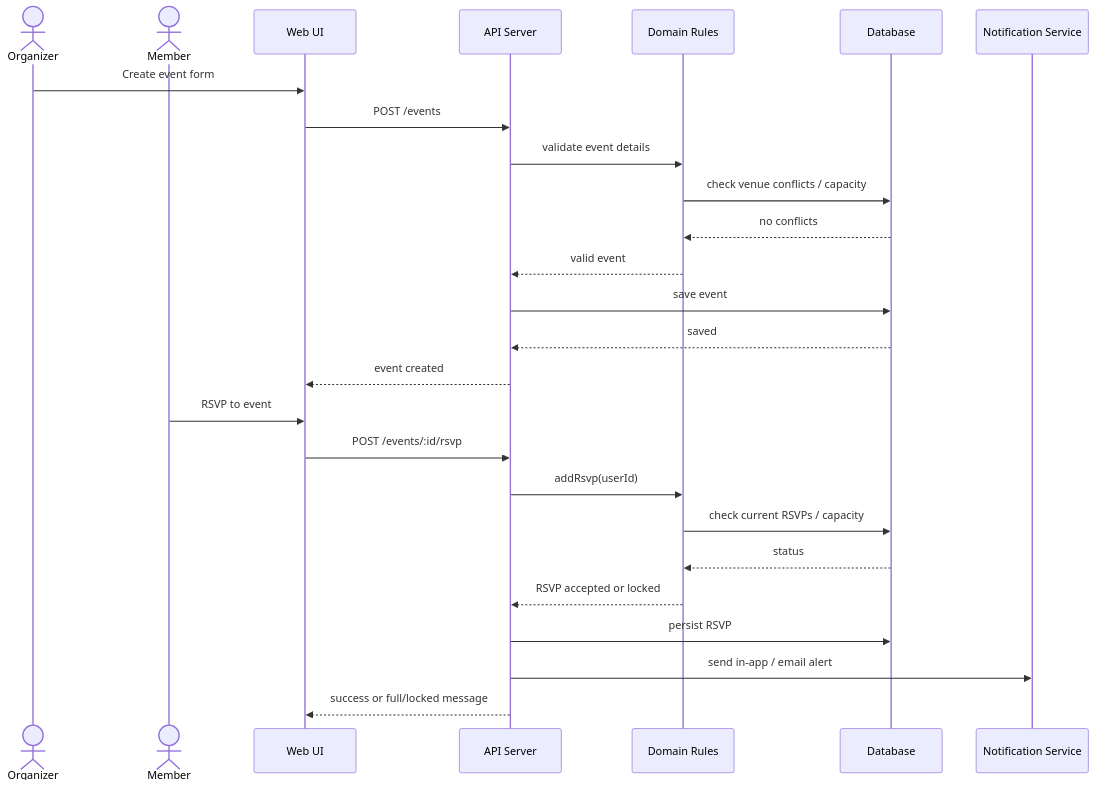
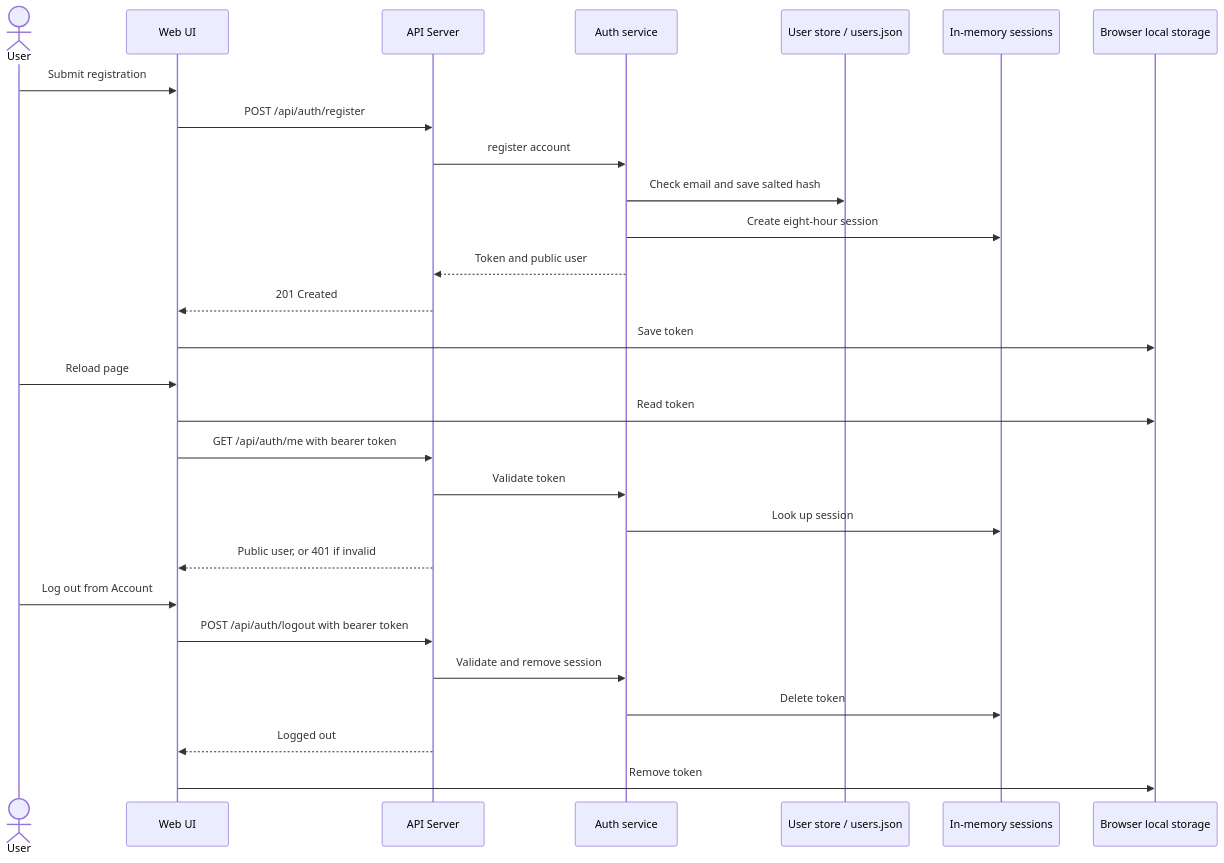
One commit to JMorency13/cen5064-project-morency changed the fourth of 5 diagrams in README.md. Above: the diagram before and after it, drawn with Mermaid. The commit also changed other lines of this file and 11 other files, not shown here.

Commit message:
Add account registration and event cancellation

````diff
--- a/README.md
+++ b/README.md
@@ -147,30 +178,31 @@
 ```mermaid
 sequenceDiagram
-    actor O as Organizer
-    actor M as Member
+    actor U as User
     participant UI as Web UI
     participant API as API Server
-    participant D as Domain Rules
-    participant DB as Database
-    participant N as Notification Service
+    participant Auth as Auth service
+    participant Users as User store / users.json
+    participant Sessions as In-memory sessions
+    participant Local as Browser local storage
 
-    O->>UI: Create event form
-    UI->>API: POST /events
-    API->>D: validate event details
-    D->>DB: check venue conflicts / capacity
-    DB-->>D: no conflicts
-    D-->>API: valid event
-    API->>DB: save event
-    DB-->>API: saved
-    API-->>UI: event created
-
-    M->>UI: RSVP to event
-    UI->>API: POST /events/:id/rsvp
-    API->>D: addRsvp(userId)
-    D->>DB: check current RSVPs / capacity
-    DB-->>D: status
-    D-->>API: RSVP accepted or locked
-    API->>DB: persist RSVP
-    API->>N: send in-app / email alert
-    API-->>UI: success or full/locked message
+    U->>UI: Submit registration
+    UI->>API: POST /api/auth/register
+    API->>Auth: register account
+    Auth->>Users: Check email and save salted hash
+    Auth->>Sessions: Create eight-hour session
+    Auth-->>API: Token and public user
+    API-->>UI: 201 Created
+    UI->>Local: Save token
+    U->>UI: Reload page
+    UI->>Local: Read token
+    UI->>API: GET /api/auth/me with bearer token
+    API->>Auth: Validate token
+    Auth->>Sessions: Look up session
+    API-->>UI: Public user, or 401 if invalid
+    U->>UI: Log out from Account
+    UI->>API: POST /api/auth/logout with bearer token
+    API->>Auth: Validate and remove session
+    Auth->>Sessions: Delete token
+    API-->>UI: Logged out
+    UI->>Local: Remove token
 ```
````
